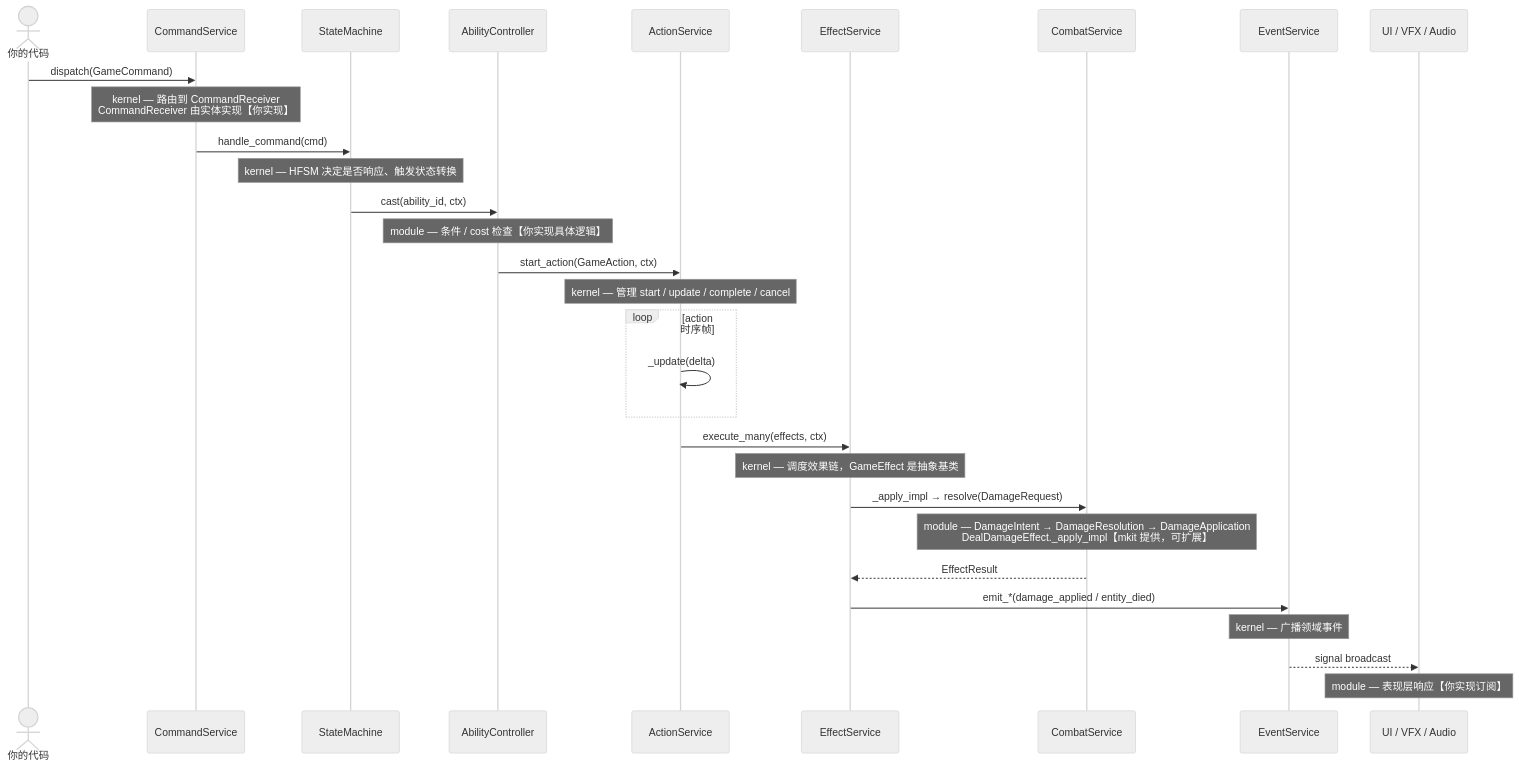
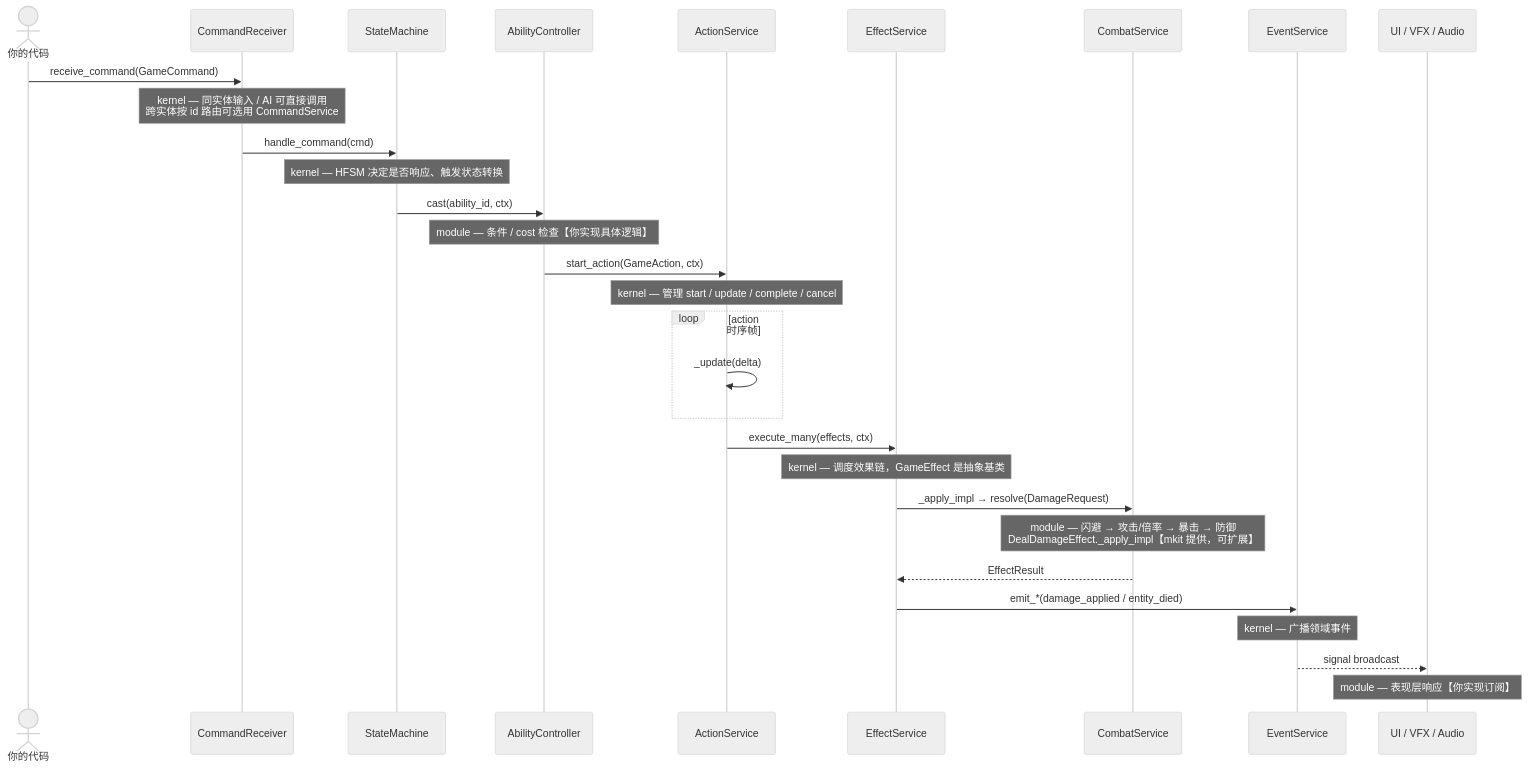
One commit to xiaofeiqiu/mkit changed the second of 2 diagrams in docs/readme.md. Above: the diagram before and after it, drawn with Mermaid (neutral theme). The commit also changed other lines of this file and 403 other files, not shown here.

````diff
--- a/docs/readme.md
+++ b/docs/readme.md
@@ -42,42 +38,42 @@
 ```mermaid
 sequenceDiagram
     actor You as 你的代码
-    participant CmdSvc as CommandService
+    participant CR as CommandReceiver
     participant SM as StateMachine
     participant AC as AbilityController
     participant ActSvc as ActionService
     participant FxSvc as EffectService
     participant CbtSvc as CombatService
     participant EvtSvc as EventService
     participant UI as UI / VFX / Audio
 
-    You->>CmdSvc: dispatch(GameCommand)
-    Note over CmdSvc: kernel — 路由到 CommandReceiver<br/>CommandReceiver 由实体实现【你实现】
+    You->>CR: receive_command(GameCommand)
+    Note over CR: kernel — 同实体输入 / AI 可直接调用<br/>跨实体按 id 路由可选用 CommandService
 
-    CmdSvc->>SM: handle_command(cmd)
+    CR->>SM: handle_command(cmd)
     Note over SM: kernel — HFSM 决定是否响应、触发状态转换
 
     SM->>AC: cast(ability_id, ctx)
     Note over AC: module — 条件 / cost 检查【你实现具体逻辑】
 
     AC->>ActSvc: start_action(GameAction, ctx)
     Note over ActSvc: kernel — 管理 start / update / complete / cancel
 
     loop action 时序帧
         ActSvc->>ActSvc: _update(delta)
     end
 
     ActSvc->>FxSvc: execute_many(effects, ctx)
     Note over FxSvc: kernel — 调度效果链，GameEffect 是抽象基类
 
     FxSvc->>CbtSvc: _apply_impl → resolve(DamageRequest)
-    Note over CbtSvc: module — DamageIntent → DamageResolution → DamageApplication<br/>DealDamageEffect._apply_impl【mkit 提供，可扩展】
+    Note over CbtSvc: module — 闪避 → 攻击/倍率 → 暴击 → 防御<br/>DealDamageEffect._apply_impl【mkit 提供，可扩展】
 
     CbtSvc-->>FxSvc: EffectResult
 
     FxSvc->>EvtSvc: emit_*(damage_applied / entity_died)
     Note over EvtSvc: kernel — 广播领域事件
 
     EvtSvc-->>UI: signal broadcast
     Note over UI: module — 表现层响应【你实现订阅】
 ```
````
